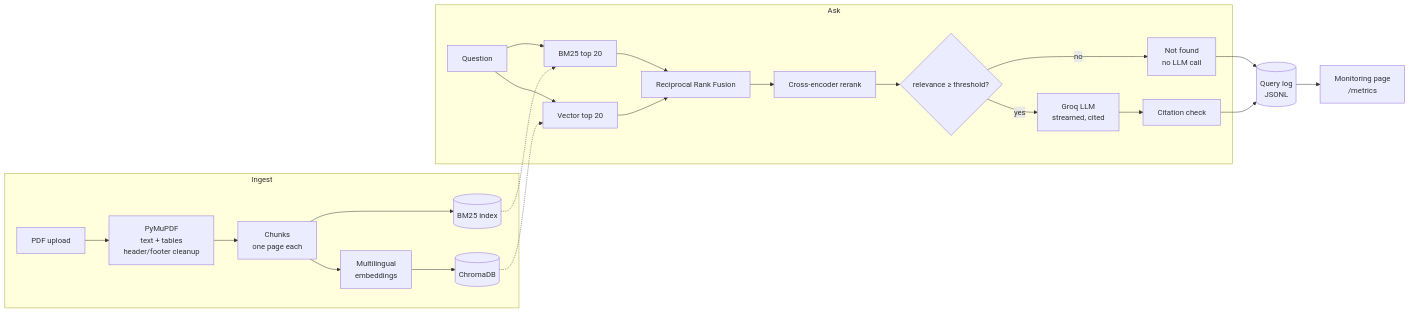
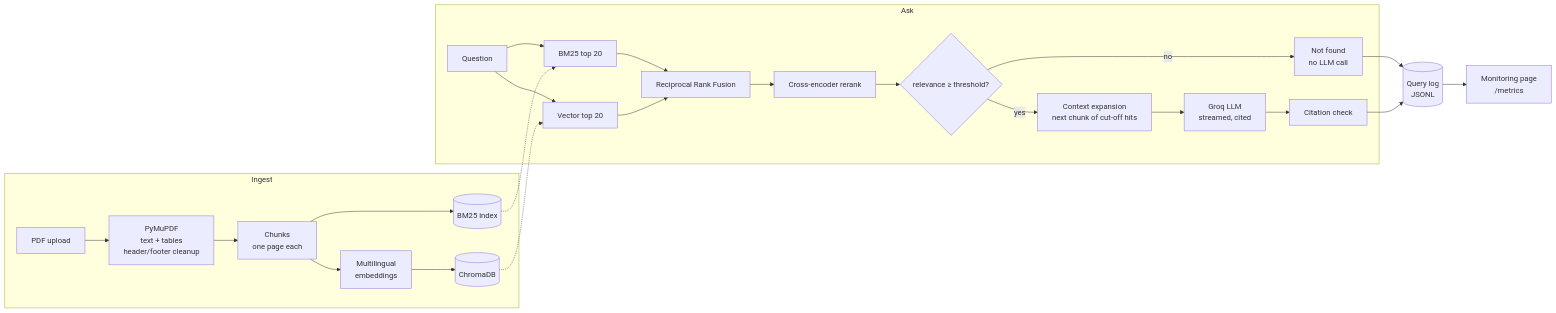
One commit to HachiVin/regushield-ai changed the diagram in README.md. Above: the diagram before and after it, drawn with Mermaid. The commit also changed other lines of this file and 15 other files, not shown here.

Commit message:
context expansion

````diff
--- a/README.md
+++ b/README.md
@@ -50,26 +54,27 @@
 ```mermaid
 flowchart LR
     subgraph Ingest
         PDF[PDF upload] --> Parse[PyMuPDF<br/>text + tables<br/>header/footer cleanup]
         Parse --> Chunk[Chunks<br/>one page each]
         Chunk --> Embed[Multilingual<br/>embeddings]
         Embed --> Chroma[(ChromaDB)]
         Chunk --> BM25[(BM25 index)]
     end
     subgraph Ask
         Q[Question] --> S[BM25 top 20]
         Q --> V[Vector top 20]
         S --> RRF[Reciprocal Rank Fusion]
         V --> RRF
         RRF --> RR[Cross-encoder rerank]
         RR --> Gate{relevance ≥ threshold?}
         Gate -- no --> NF[Not found<br/>no LLM call]
-        Gate -- yes --> LLM[Groq LLM<br/>streamed, cited]
+        Gate -- yes --> Exp[Context expansion<br/>next chunk of cut-off hits]
+        Exp --> LLM[Groq LLM<br/>streamed, cited]
         LLM --> Check[Citation check]
     end
     Chroma -.-> V
     BM25 -.-> S
     NF --> Log[(Query log<br/>JSONL)]
     Check --> Log
     Log --> Mon[Monitoring page<br/>/metrics]
 ```
````
